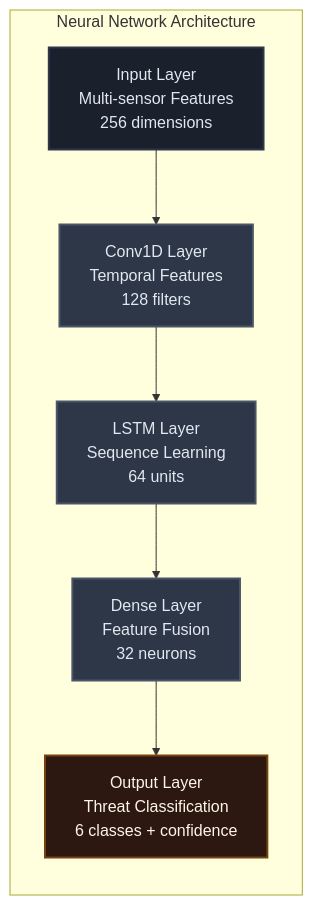
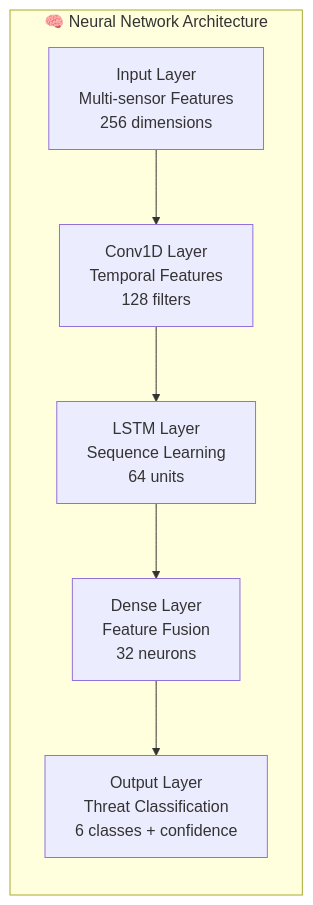
The fifth of 5 diagrams in README.md (hkevin01/AEGIS-SE), drawn with Mermaid before and after one commit. The commit also changed other lines of this file and 1 other file, not shown here.

Commit message:
Refactor technology stack documentation: update mindmap, add development environment and integration flow sections for clarity and completeness

````diff
--- a/README.md
+++ b/README.md
@@ -509,22 +503,15 @@
 ```mermaid
 graph LR
-    %% Model architecture flow
-    classDef inputLayer fill:#1a202c,stroke:#2d3748,stroke-width:2px,color:#e2e8f0
-    classDef hiddenLayer fill:#2d3748,stroke:#4a5568,stroke-width:2px,color:#e2e8f0
-    classDef outputLayer fill:#2c1810,stroke:#744210,stroke-width:2px,color:#fef5e7
-
-    subgraph "Neural Network Architecture"
-        INPUT[Input Layer<br/>Multi-sensor Features<br/>256 dimensions]:::inputLayer
-
-        CONV1[Conv1D Layer<br/>Temporal Features<br/>128 filters]:::hiddenLayer
-        LSTM[LSTM Layer<br/>Sequence Learning<br/>64 units]:::hiddenLayer
-        DENSE1[Dense Layer<br/>Feature Fusion<br/>32 neurons]:::hiddenLayer
-
-        OUTPUT[Output Layer<br/>Threat Classification<br/>6 classes + confidence]:::outputLayer
+    subgraph "🧠 Neural Network Architecture"
+        INPUT["Input Layer<br/>Multi-sensor Features<br/>256 dimensions"]
+        CONV1["Conv1D Layer<br/>Temporal Features<br/>128 filters"]
+        LSTM["LSTM Layer<br/>Sequence Learning<br/>64 units"]
+        DENSE1["Dense Layer<br/>Feature Fusion<br/>32 neurons"]
+        OUTPUT["Output Layer<br/>Threat Classification<br/>6 classes + confidence"]
     end
 
     INPUT --> CONV1
     CONV1 --> LSTM
     LSTM --> DENSE1
     DENSE1 --> OUTPUT
 ```
````
